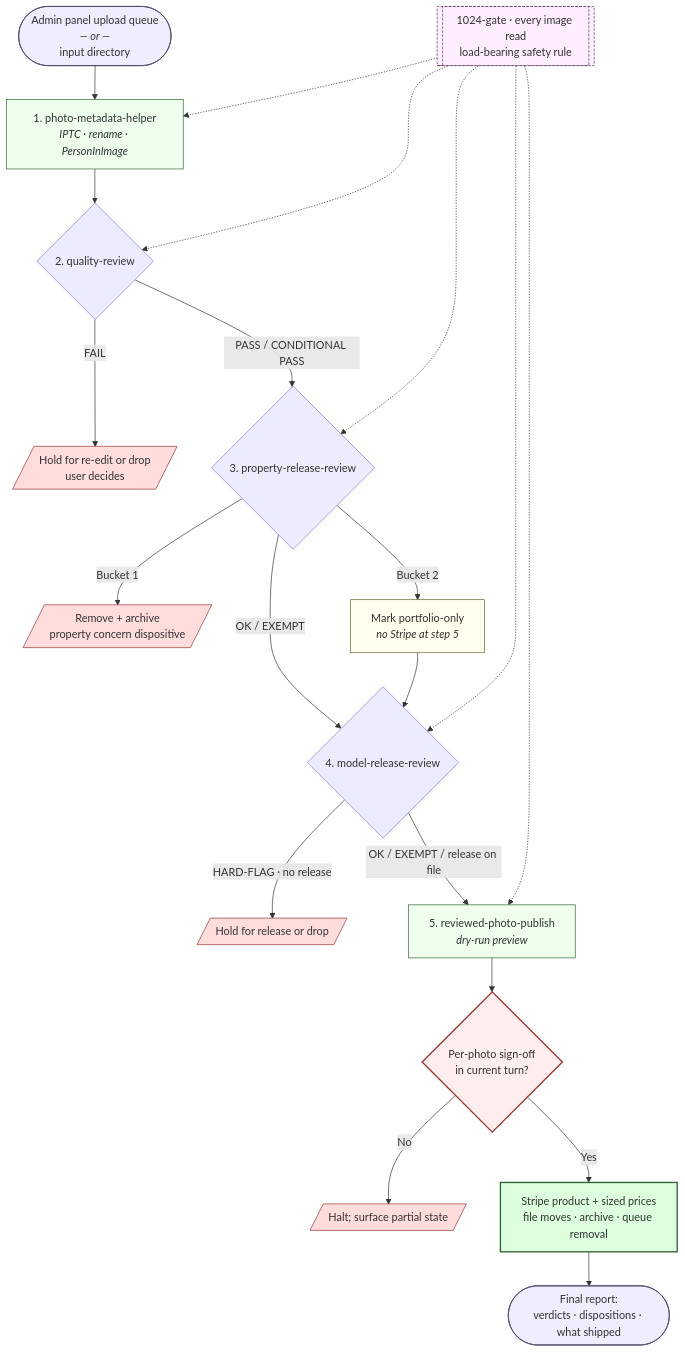
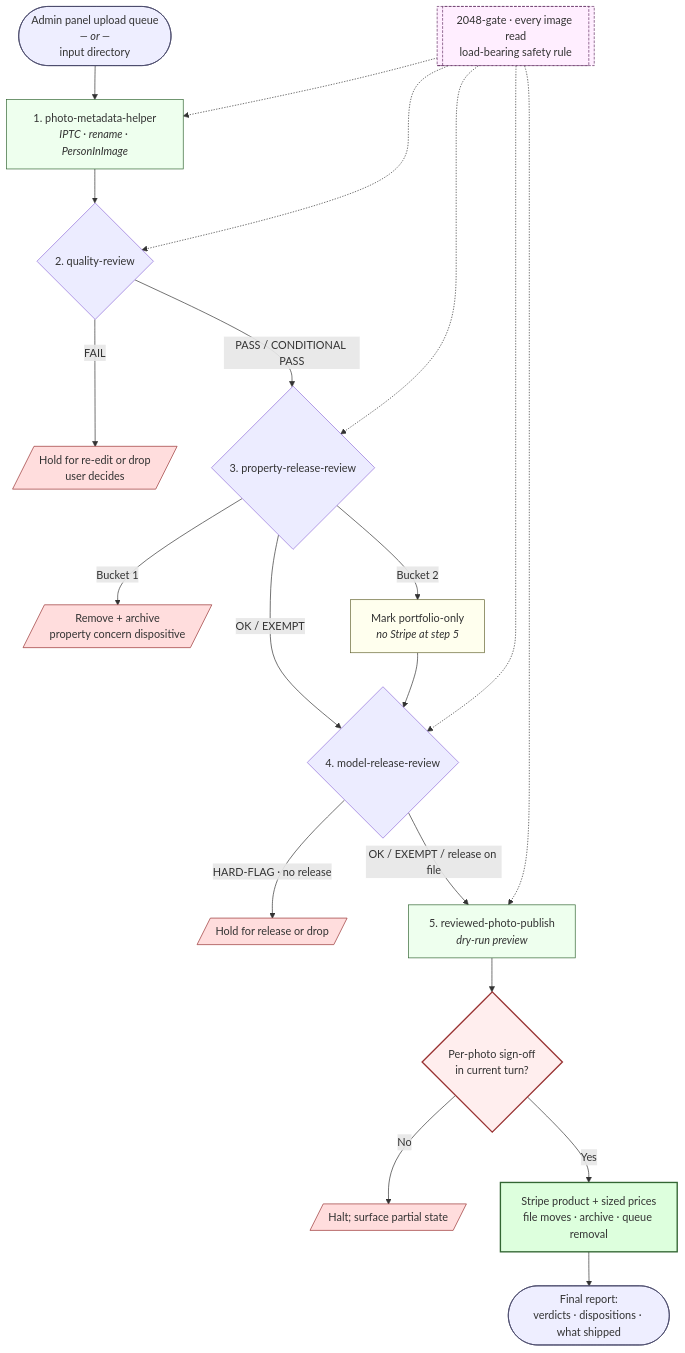
The diagram in README.md (derekslinz/photography-workflow), drawn with Mermaid before and after one commit. The commit also changed other lines of this file and 2 other files, not shown here.

````diff
--- a/README.md
+++ b/README.md
@@ -21,35 +21,35 @@
 ```mermaid
 flowchart TD
     SRC([Admin panel upload queue<br/><i>— or —</i><br/>input directory]):::source
 
     SRC --> S1[1. photo-metadata-helper<br/><i>IPTC · rename · PersonInImage</i>]:::step
     S1 --> S2{2. quality-review}
     S2 -- FAIL --> H1[/Hold for re-edit or drop<br/>user decides/]:::halt
     S2 -- PASS / CONDITIONAL PASS --> S3{3. property-release-review}
     S3 -- Bucket 1 --> H2[/Remove + archive<br/>property concern dispositive/]:::halt
     S3 -- Bucket 2 --> P[Mark portfolio-only<br/><i>no Stripe at step 5</i>]:::mark
     S3 -- OK / EXEMPT --> S4{4. model-release-review}
     P --> S4
     S4 -- HARD-FLAG · no release --> H3[/Hold for release or drop/]:::halt
     S4 -- OK / EXEMPT / release on file --> S5[5. reviewed-photo-publish<br/><i>dry-run preview</i>]:::step
     S5 --> SO{Per-photo sign-off<br/>in current turn?}:::gate
     SO -- No --> H4[/Halt; surface partial state/]:::halt
     SO -- Yes --> LIVE[Stripe product + sized prices<br/>file moves · archive · queue removal]:::live
     LIVE --> RPT([Final report:<br/>verdicts · dispositions · what shipped]):::report
 
-    GATE[[1024-gate · every image read<br/>load-bearing safety rule]]:::rule
+    GATE[[2048-gate · every image read<br/>load-bearing safety rule]]:::rule
     GATE -.-> S1
     GATE -.-> S2
     GATE -.-> S3
     GATE -.-> S4
     GATE -.-> S5
 
     classDef source fill:#eef,stroke:#446,stroke-width:1px;
     classDef step fill:#efe,stroke:#363,stroke-width:1px;
     classDef gate fill:#fee,stroke:#933,stroke-width:2px;
     classDef halt fill:#fdd,stroke:#933,stroke-width:1px;
     classDef mark fill:#ffe,stroke:#663,stroke-width:1px;
     classDef live fill:#dfd,stroke:#363,stroke-width:2px;
     classDef report fill:#eef,stroke:#446,stroke-width:1px;
     classDef rule fill:#fef,stroke:#636,stroke-width:1px,stroke-dasharray: 4 2;
 ```
````
